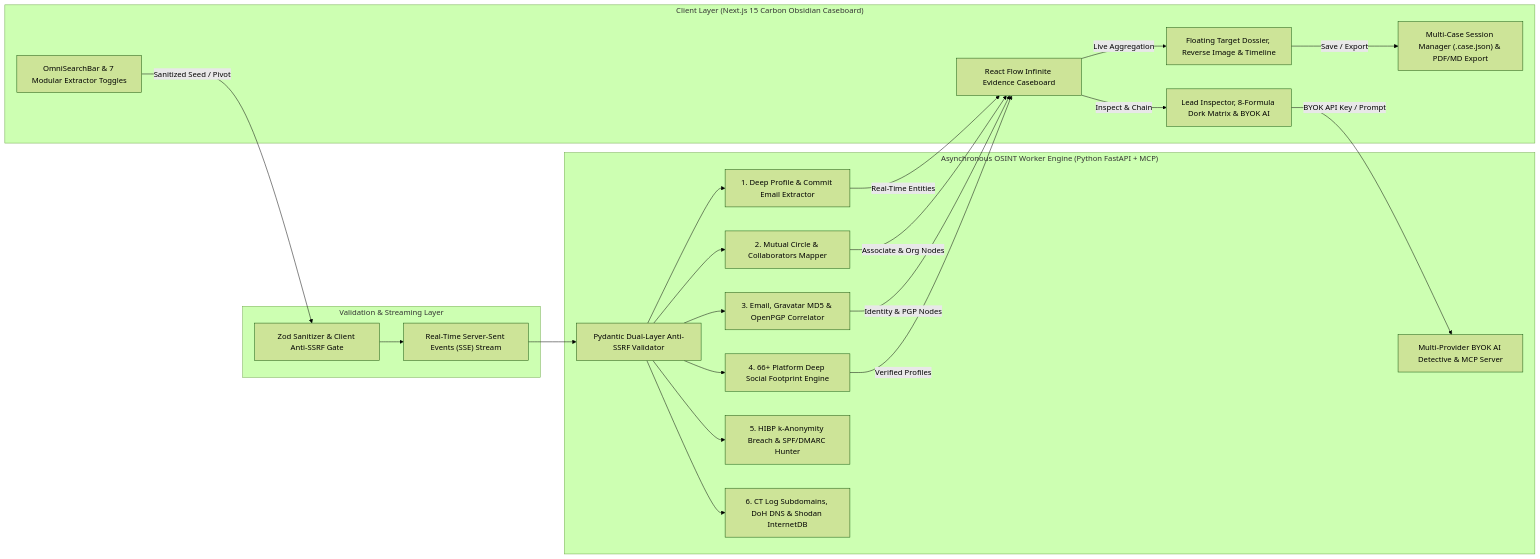
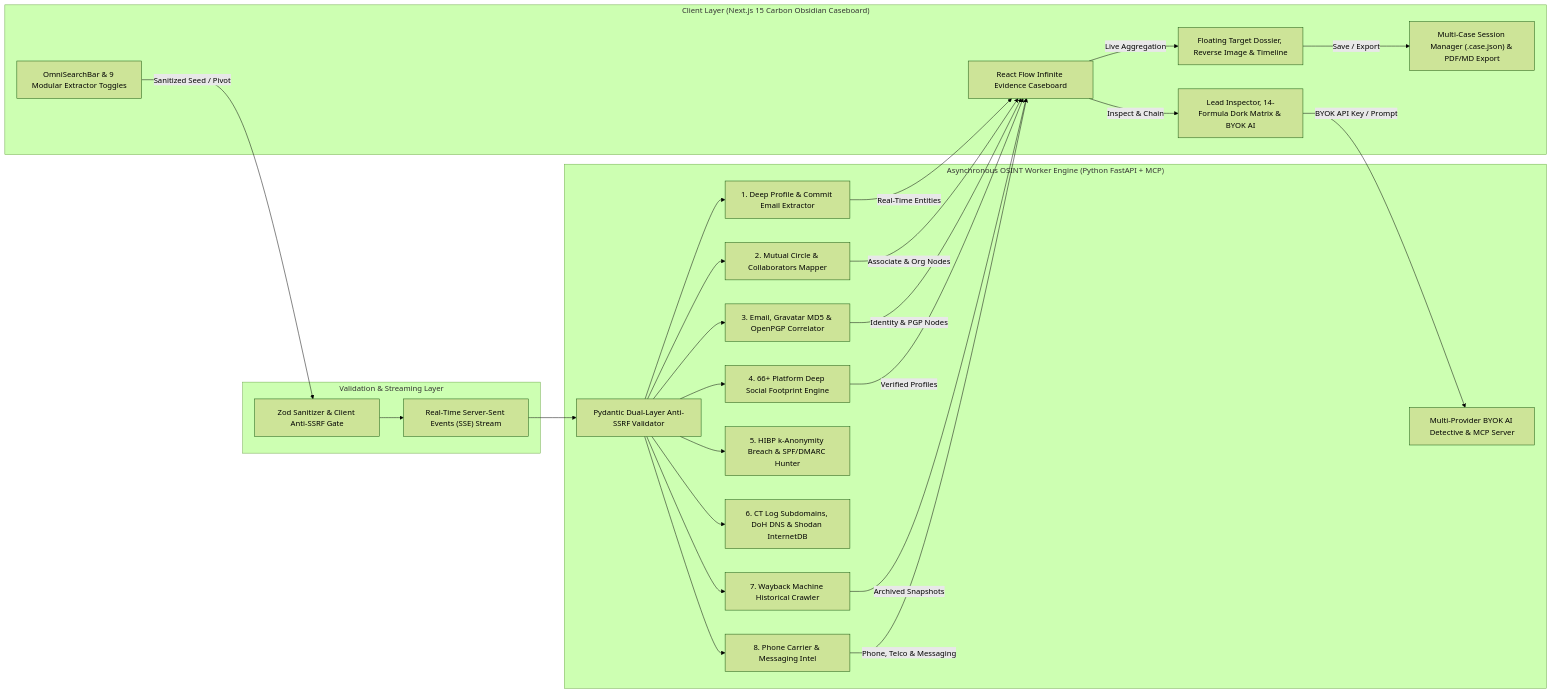
Before and after one commit to felixpalingan/ISEEYOU: the diagram in README.md, drawn with Mermaid (forest theme). The commit also changed other lines of this file and 5 other files, not shown here.

````diff
--- a/README.md
+++ b/README.md
@@ -41,44 +44,50 @@
 ```mermaid
 flowchart LR
   subgraph Client ["Client Layer (Next.js 15 Carbon Obsidian Caseboard)"]
-    Omni["OmniSearchBar & 7 Modular Extractor Toggles"]
+    Omni["OmniSearchBar & 9 Modular Extractor Toggles"]
     Dossier["Floating Target Dossier, Reverse Image & Timeline"]
     Board["React Flow Infinite Evidence Caseboard"]
-    Inspector["Lead Inspector, 8-Formula Dork Matrix & BYOK AI"]
+    Inspector["Lead Inspector, 14-Formula Dork Matrix & BYOK AI"]
     CaseMgr["Multi-Case Session Manager (.case.json) & PDF/MD Export"]
   end
 
   subgraph Gateway ["Validation & Streaming Layer"]
     SSRF1["Zod Sanitizer & Client Anti-SSRF Gate"]
     SSE["Real-Time Server-Sent Events (SSE) Stream"]
   end
 
   subgraph Engine ["Asynchronous OSINT Worker Engine (Python FastAPI + MCP)"]
     SSRF2["Pydantic Dual-Layer Anti-SSRF Validator"]
     Deep["1. Deep Profile & Commit Email Extractor"]
     Mutual["2. Mutual Circle & Collaborators Mapper"]
     EmailCorr["3. Email, Gravatar MD5 & OpenPGP Correlator"]
     Socials["4. 66+ Platform Deep Social Footprint Engine"]
     Breach["5. HIBP k-Anonymity Breach & SPF/DMARC Hunter"]
     WebInfra["6. CT Log Subdomains, DoH DNS & Shodan InternetDB"]
+    Wayback["7. Wayback Machine Historical Crawler"]
+    PhoneIntel["8. Phone Carrier & Messaging Intel"]
     AIDetect["Multi-Provider BYOK AI Detective & MCP Server"]
   end
 
   Omni -->|"Sanitized Seed / Pivot"| SSRF1
   SSRF1 --> SSE
   SSE --> SSRF2
   SSRF2 --> Deep
   SSRF2 --> Mutual
   SSRF2 --> EmailCorr
   SSRF2 --> Socials
   SSRF2 --> Breach
   SSRF2 --> WebInfra
+  SSRF2 --> Wayback
+  SSRF2 --> PhoneIntel
   Deep -->|"Real-Time Entities"| Board
   Mutual -->|"Associate & Org Nodes"| Board
   EmailCorr -->|"Identity & PGP Nodes"| Board
   Socials -->|"Verified Profiles"| Board
+  Wayback -->|"Archived Snapshots"| Board
+  PhoneIntel -->|"Phone, Telco & Messaging"| Board
   Board -->|"Live Aggregation"| Dossier
   Board -->|"Inspect & Chain"| Inspector
   Inspector -->|"BYOK API Key / Prompt"| AIDetect
   Dossier -->|"Save / Export"| CaseMgr
 ```
````
